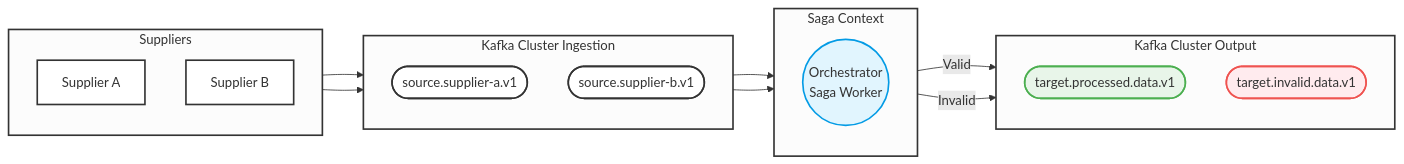
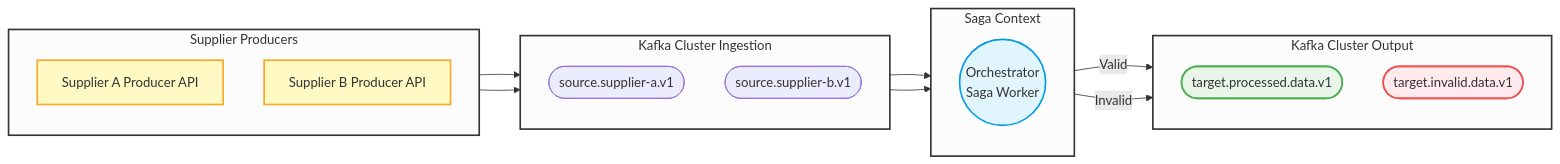
Before and after one commit to danielbchagas/orquestrador-multiplos-fornecedores: the diagram in README.md, drawn with Mermaid. The commit also changed other lines of this file and 13 other files, not shown here.

````diff
--- a/README.md
+++ b/README.md
@@ -126,52 +148,46 @@
 ```mermaid
 graph LR
-    %% Styles Definition (Colors)
-    classDef default fill:#fff,stroke:#333,stroke-width:2px;
+    classDef producer fill:#fff9c4,stroke:#f9a825,stroke-width:2px;
     classDef orchestrator fill:#e1f5fe,stroke:#039be5,stroke-width:2px;
     classDef topicSuccess fill:#e8f5e9,stroke:#4caf50,stroke-width:2px;
     classDef topicError fill:#ffebee,stroke:#ef5350,stroke-width:2px;
 
-    %% Subgraph 1: Suppliers
-    subgraph S1 [Suppliers]
+    subgraph S1 [Supplier Producers]
         direction TB
-        FA[Supplier A]
-        FB[Supplier B]
+        FA[Supplier A Producer API]
+        FB[Supplier B Producer API]
     end
 
-    %% Subgraph 2: Kafka Cluster (Ingestion)
     subgraph S2 [Kafka Cluster Ingestion]
         direction TB
         SrcA([source.supplier-a.v1])
         SrcB([source.supplier-b.v1])
     end
 
-    %% Subgraph 3: Context (Saga)
     subgraph S3 [Saga Context]
         direction TB
         Worker((Orchestrator<br/>Saga Worker))
     end
 
-    %% Subgraph 4: Kafka Cluster (Output)
     subgraph S4 [Kafka Cluster Output]
         direction TB
         TgtSuccess([target.processed.data.v1])
         TgtError([target.invalid.data.v1])
     end
 
-    %% Connections
     FA --> SrcA
     FB --> SrcB
     SrcA --> Worker
     SrcB --> Worker
     Worker -->|Valid| TgtSuccess
     Worker -->|Invalid| TgtError
 
-    %% Styles Application
+    class FA,FB producer;
     class Worker orchestrator;
     class TgtSuccess topicSuccess;
     class TgtError topicError;
     style S1 fill:#fcfcfc,stroke:#333,stroke-width:2px
     style S2 fill:#fcfcfc,stroke:#333,stroke-width:2px
     style S3 fill:#fcfcfc,stroke:#333,stroke-width:2px
     style S4 fill:#fcfcfc,stroke:#333,stroke-width:2px
 ```
````
